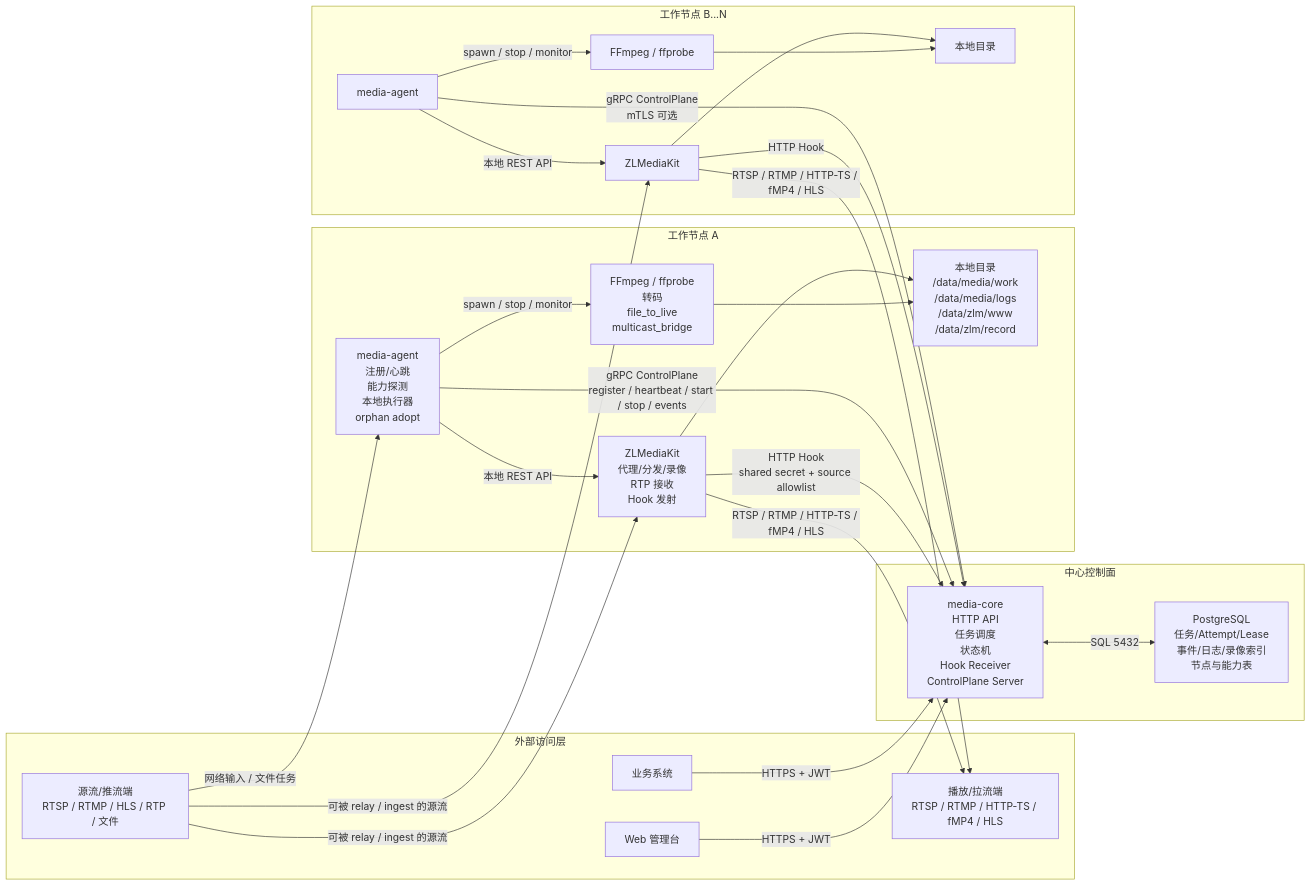
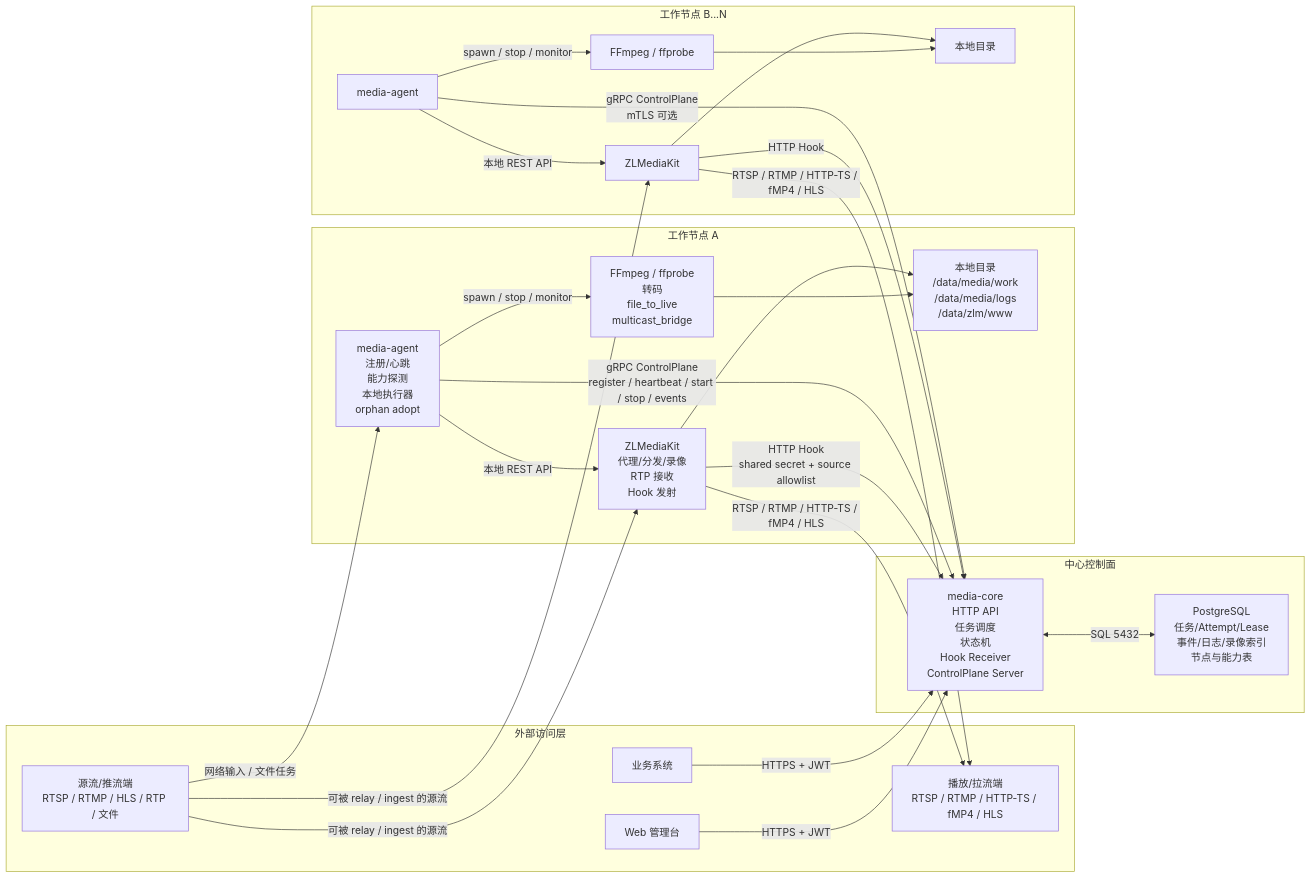
Before and after one commit to yu1101610062/StreamServer: the first of 7 diagrams in docs/16-部署架构图.md, drawn with Mermaid. The commit also changed other lines of this file and 16 other files, not shown here.

Commit message:
路径对外接口上报改为相对路径 去掉/data/zlm/record历史路径兼容逻辑

````diff
--- a/docs/16-部署架构图.md
+++ b/docs/16-部署架构图.md
@@ -18,55 +18,55 @@
 ```mermaid
 flowchart LR
     subgraph External["外部访问层"]
         Biz["业务系统"]
         Web["Web 管理台"]
         Src["源流/推流端\nRTSP / RTMP / HLS / RTP / 文件"]
         Player["播放/拉流端\nRTSP / RTMP / HTTP-TS / fMP4 / HLS"]
     end
 
     subgraph Control["中心控制面"]
         Core["media-core\nHTTP API\n任务调度\n状态机\nHook Receiver\nControlPlane Server"]
         DB["PostgreSQL\n任务/Attempt/Lease\n事件/日志/录像索引\n节点与能力表"]
     end
 
     subgraph NodeA["工作节点 A"]
         AAgent["media-agent\n注册/心跳\n能力探测\n本地执行器\norphan adopt"]
         AZLM["ZLMediaKit\n代理/分发/录像\nRTP 接收\nHook 发射"]
         AFF["FFmpeg / ffprobe\n转码\nfile_to_live\nmulticast_bridge"]
-        AFS["本地目录\n/data/media/work\n/data/media/logs\n/data/zlm/www\n/data/zlm/record"]
+        AFS["本地目录\n/data/media/work\n/data/media/logs\n/data/zlm/www"]
     end
 
     subgraph NodeB["工作节点 B...N"]
         BAgent["media-agent"]
         BZLM["ZLMediaKit"]
         BFF["FFmpeg / ffprobe"]
         BFS["本地目录"]
     end
 
     Biz -->|"HTTPS + JWT"| Core
     Web -->|"HTTPS + JWT"| Core
     Core <-->|"SQL 5432"| DB
 
     AAgent -->|"gRPC ControlPlane\nregister / heartbeat / start / stop / events"| Core
     BAgent -->|"gRPC ControlPlane\nmTLS 可选"| Core
 
     AZLM -->|"HTTP Hook\nshared secret + source allowlist"| Core
     BZLM -->|"HTTP Hook"| Core
 
     AAgent -->|"本地 REST API"| AZLM
     AAgent -->|"spawn / stop / monitor"| AFF
     AZLM --> AFS
     AFF --> AFS
 
     BAgent -->|"本地 REST API"| BZLM
     BAgent -->|"spawn / stop / monitor"| BFF
     BZLM --> BFS
     BFF --> BFS
 
     Src -->|"网络输入 / 文件任务"| AAgent
     Src -->|"可被 relay / ingest 的源流"| AZLM
     Src -->|"可被 relay / ingest 的源流"| BZLM
 
     AZLM -->|"RTSP / RTMP / HTTP-TS / fMP4 / HLS"| Player
     BZLM -->|"RTSP / RTMP / HTTP-TS / fMP4 / HLS"| Player
 ```
````
